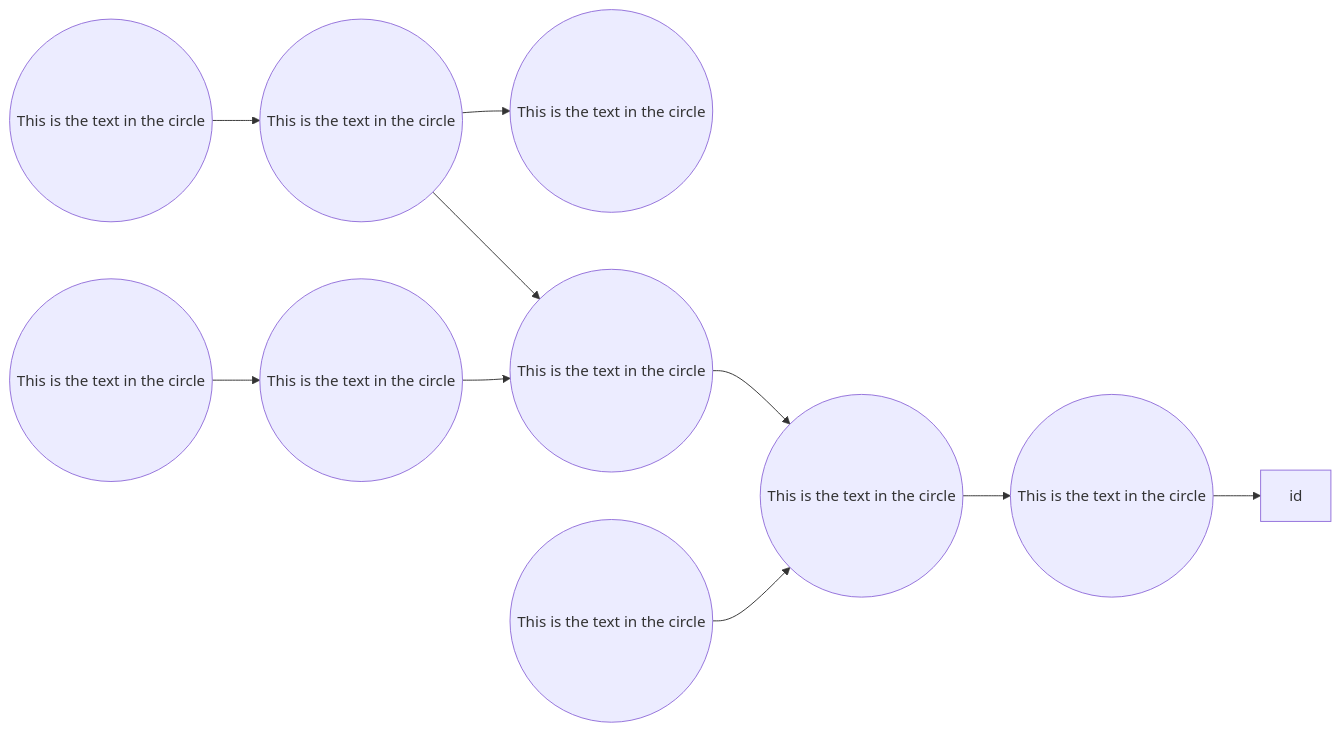
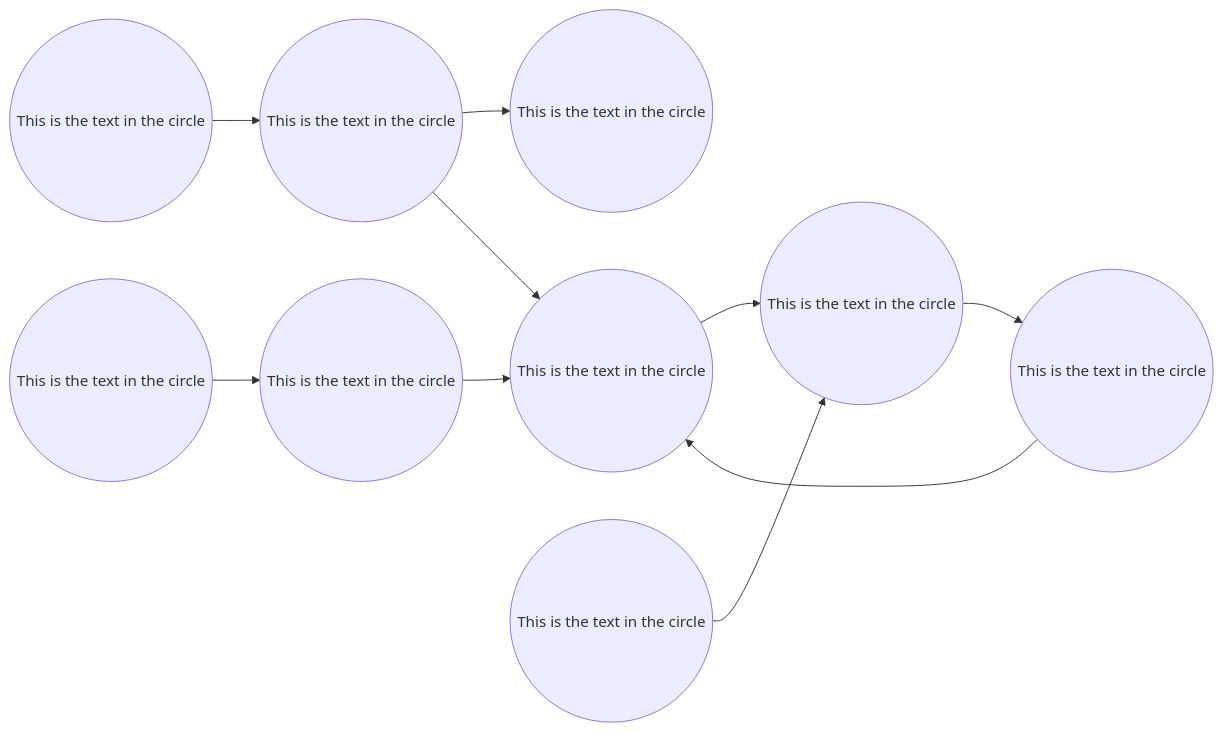
The second of 2 diagrams in slides.md (gerbssusd/dok), drawn with Mermaid before and after one commit.

````diff
--- a/slides.md
+++ b/slides.md
@@ -499,14 +499,14 @@
 ```mermaid {scale: .60}
 
 flowchart LR
     id1((This is the text in the circle)) -->
     id2((This is the text in the circle)) -->
     id3((This is the text in the circle))
        id3.1((This is the text in the circle))-->
        id3.2((This is the text in the circle))-->id4
    id2 --> id4((This is the text in the circle)) -->id6
     id5((This is the text in the circle)) -->
-    id6((This is the text in the circle)) -->id7-->id
+    id6((This is the text in the circle)) -->id7-->id4
     id7((This is the text in the circle))
 
 ```
````
